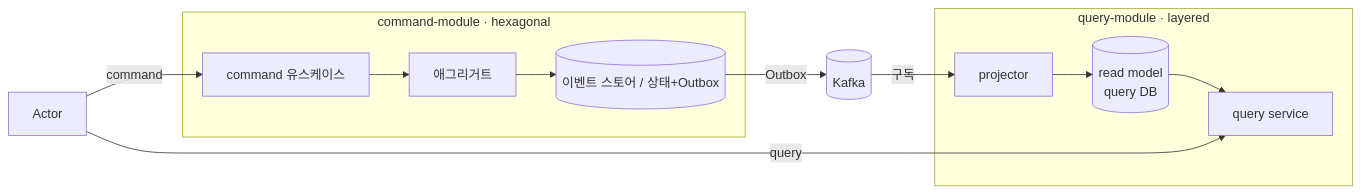
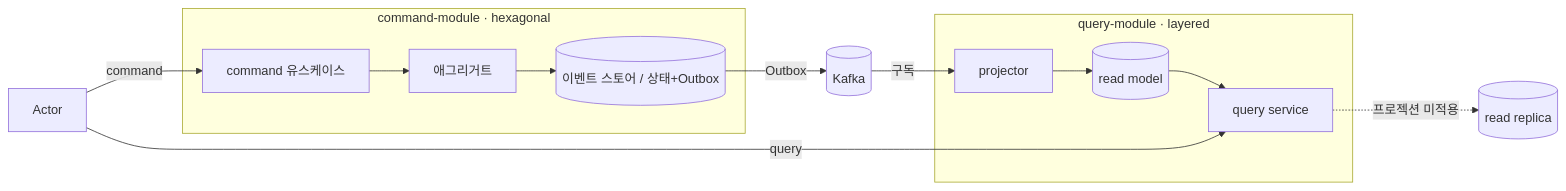
The diagram in docs/v2/rfc/RFC-001-v2-cqrs-and-event-sourcing.md (newkayak12/prototype-reservation-system), drawn with Mermaid before and after one commit. The commit also changed other lines of this file and 18 other files, not shown here.

````diff
--- a/docs/v2/rfc/RFC-001-v2-cqrs-and-event-sourcing.md
+++ b/docs/v2/rfc/RFC-001-v2-cqrs-and-event-sourcing.md
@@ -207,15 +79,16 @@
 ```mermaid
 graph LR
     actor[Actor] -->|command| C
     subgraph command-module [command-module · hexagonal]
         C[command 유스케이스] --> AGG[애그리거트]
         AGG --> ES[(이벤트 스토어 / 상태+Outbox)]
     end
     ES -->|Outbox| K[(Kafka)]
     K -->|구독| P
     subgraph query-module [query-module · layered]
-        P[projector] --> RM[(read model<br/>query DB)]
+        P[projector] --> RM[(read model)]
         RM --> Q[query service]
     end
     actor -->|query| Q
+    Q -.->|프로젝션 미적용| RR[(read replica)]
 ```
````
